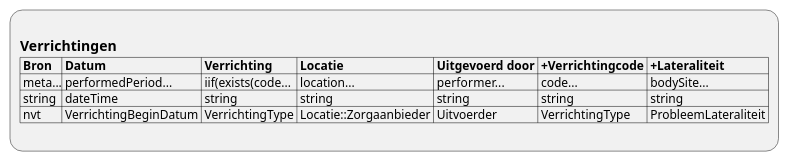
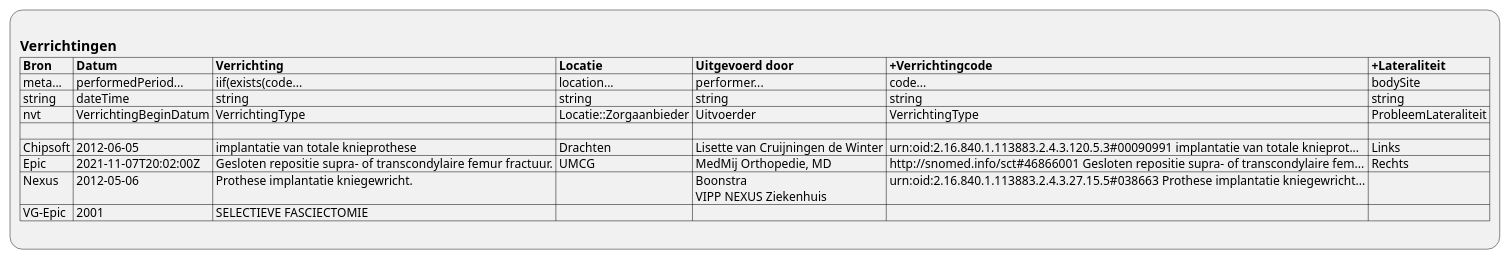
The diagram in input/images-source/ViewDefinition-Procedure.plantuml (RIVO-Noord/zorgviewer-ig), drawn with PlantUML before and after one commit. The commit also changed 13 other files, not shown here.

```diff
--- a/input/images-source/ViewDefinition-Procedure.plantuml
+++ b/input/images-source/ViewDefinition-Procedure.plantuml
@@ -1,9 +1,14 @@
 @startuml ViewDefinition-Procedure
 :
 == Verrichtingen
 |= Bron |= Datum |= Verrichting |= Locatie |= Uitgevoerd door |= +Verrichtingcode |= +Lateraliteit |
-| meta...| performedPeriod...| iif(exists(code...| location...| performer...| code...| bodySite...|
+| meta... | performedPeriod... | iif(exists(code... | location... | performer... | code... | bodySite |
 | string | dateTime | string | string | string | string | string |
 | nvt | VerrichtingBeginDatum | VerrichtingType | Locatie::Zorgaanbieder | Uitvoerder | VerrichtingType | ProbleemLateraliteit |
+| |
+| Chipsoft | 2012-06-05 | implantatie van totale knieprothese | Drachten | Lisette van Cruijningen de Winter | urn:oid:2.16.840.1.113883.2.4.3.120.5.3#00090991 implantatie van totale knieprot... | Links |
+| Epic | 2021-11-07T20:02:00Z | Gesloten repositie supra- of transcondylaire femur fractuur. | UMCG | MedMij Orthopedie, MD | http://snomed.info/sct#46866001 Gesloten repositie supra- of transcondylaire fem... | Rechts |
+| Nexus | 2012-05-06 | Prothese implantatie kniegewricht. |  | Boonstra\n VIPP NEXUS Ziekenhuis | urn:oid:2.16.840.1.113883.2.4.3.27.15.5#038663 Prothese implantatie kniegewricht... |  |
+| VG-Epic | 2001 | SELECTIEVE FASCIECTOMIE |  |  |  |  |
 ;
 @enduml
```
